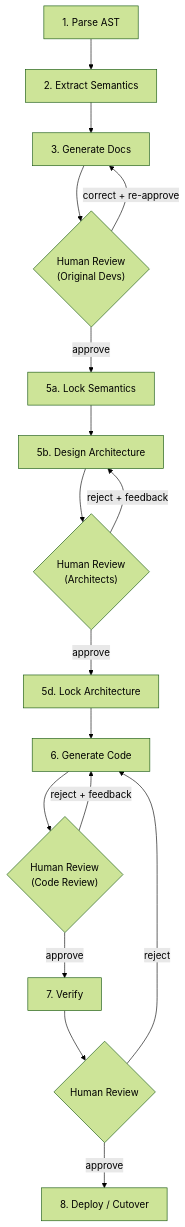
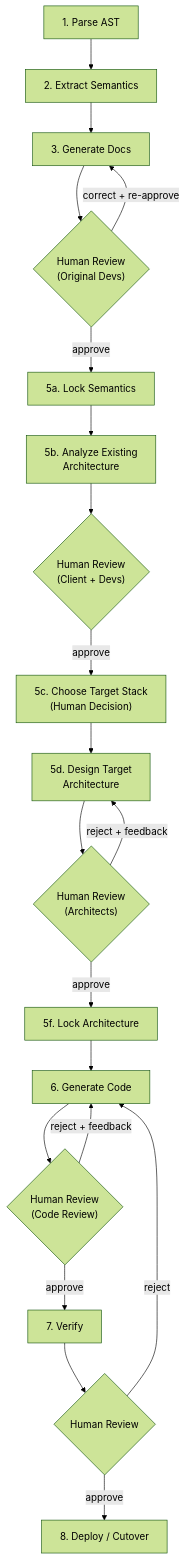
Before and after one commit to koustubh25/scratchpad: the second of 2 diagrams in DESIGN-v2.md, drawn with Mermaid (forest theme). The commit also changed other lines of this file and 3 other files, not shown here.

````diff
--- a/DESIGN-v2.md
+++ b/DESIGN-v2.md
@@ -88,19 +88,22 @@
 ```mermaid
 flowchart TD
     P["1. Parse AST"] --> E["2. Extract Semantics"]
     E --> D["3. Generate Docs"]
     D --> R1{"Human Review\n(Original Devs)"}
     R1 -->|approve| L1["5a. Lock Semantics"]
     R1 -->|correct + re-approve| D
-    L1 --> A["5b. Design Architecture"]
+    L1 --> EA["5b. Analyze Existing\nArchitecture"]
+    EA --> R2a{"Human Review\n(Client + Devs)"}
+    R2a -->|approve| TS["5c. Choose Target Stack\n(Human Decision)"]
+    TS --> A["5d. Design Target\nArchitecture"]
     A --> R2{"Human Review\n(Architects)"}
-    R2 -->|approve| L2["5d. Lock Architecture"]
+    R2 -->|approve| L2["5f. Lock Architecture"]
     R2 -->|reject + feedback| A
     L2 --> G["6. Generate Code"]
     G --> R3{"Human Review\n(Code Review)"}
     R3 -->|approve| V["7. Verify"]
     R3 -->|reject + feedback| G
     V --> R4{"Human Review"}
     R4 -->|approve| Deploy["8. Deploy / Cutover"]
     R4 -->|reject| G
 ```
````
